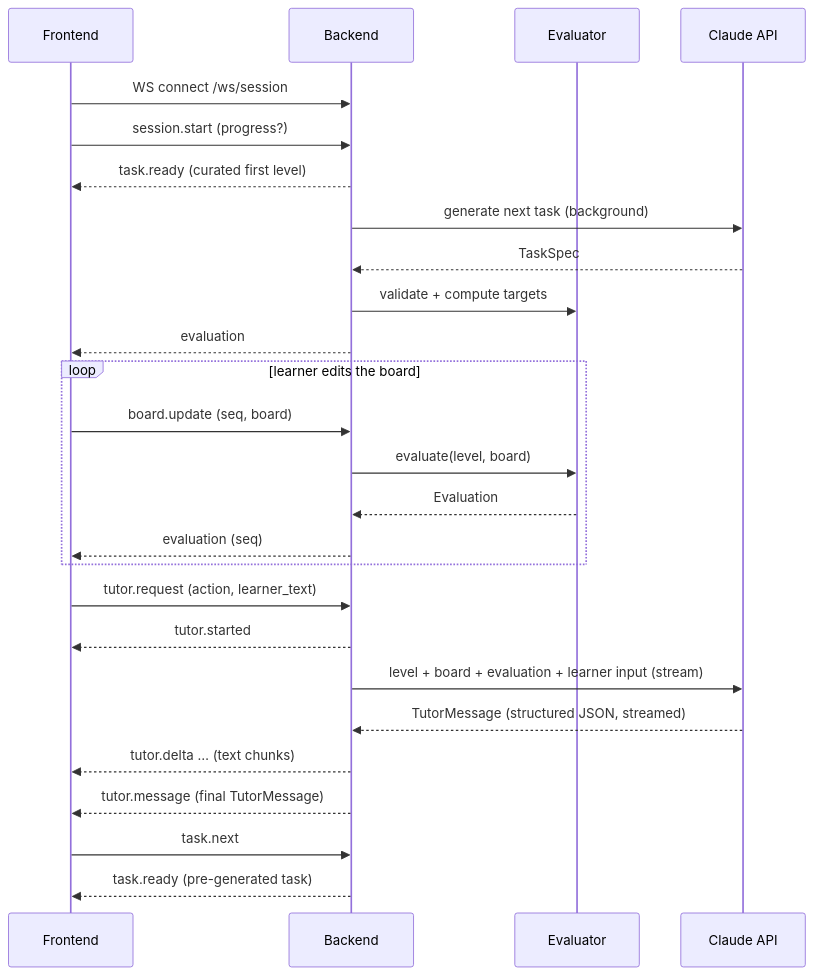
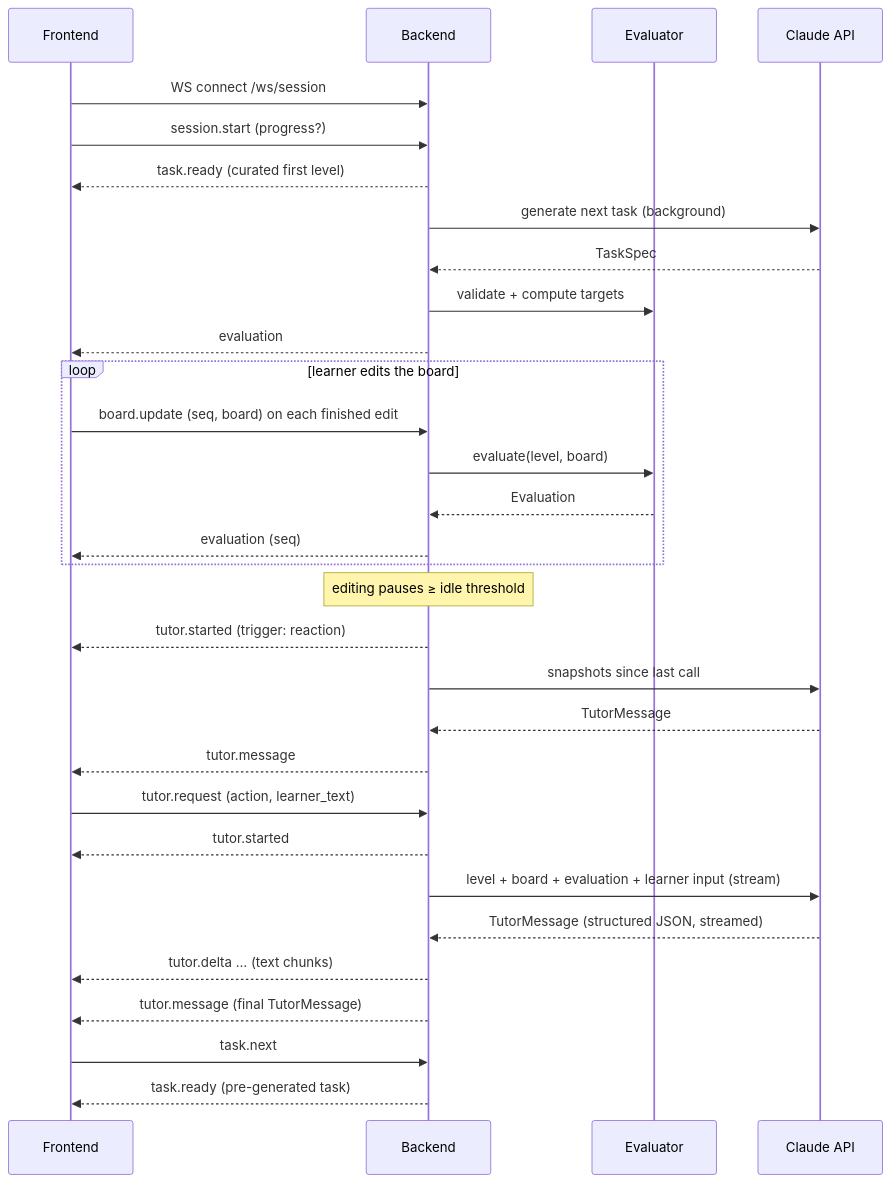
One commit to VOxFF/schematics-ai-tutor changed the diagram in docs/contract.md. Above: the diagram before and after it, drawn with Mermaid. The commit also changed other lines of this file and 2 other files, not shown here.

First line of the commit message:
Add idle-triggered tutor reactions based on grid, graph and evaluation snapshots

````diff
--- a/docs/contract.md
+++ b/docs/contract.md
@@ -5,29 +5,34 @@
 ```mermaid
 sequenceDiagram
     participant FE as Frontend
     participant BE as Backend
     participant EV as Evaluator
     participant C as Claude API
 
     FE->>BE: WS connect /ws/session
     FE->>BE: session.start (progress?)
     BE-->>FE: task.ready (curated first level)
     BE->>C: generate next task (background)
     C-->>BE: TaskSpec
     BE->>EV: validate + compute targets
     BE-->>FE: evaluation
     loop learner edits the board
-        FE->>BE: board.update (seq, board)
+        FE->>BE: board.update (seq, board) on each finished edit
         BE->>EV: evaluate(level, board)
         EV-->>BE: Evaluation
         BE-->>FE: evaluation (seq)
     end
+    Note over BE: editing pauses ≥ idle threshold
+    BE-->>FE: tutor.started (trigger: reaction)
+    BE->>C: snapshots since last call
+    C-->>BE: TutorMessage
+    BE-->>FE: tutor.message
     FE->>BE: tutor.request (action, learner_text)
     BE-->>FE: tutor.started
     BE->>C: level + board + evaluation + learner input (stream)
     C-->>BE: TutorMessage (structured JSON, streamed)
     BE-->>FE: tutor.delta … (text chunks)
     BE-->>FE: tutor.message (final TutorMessage)
     FE->>BE: task.next
     BE-->>FE: task.ready (pre-generated task)
 ```
````
